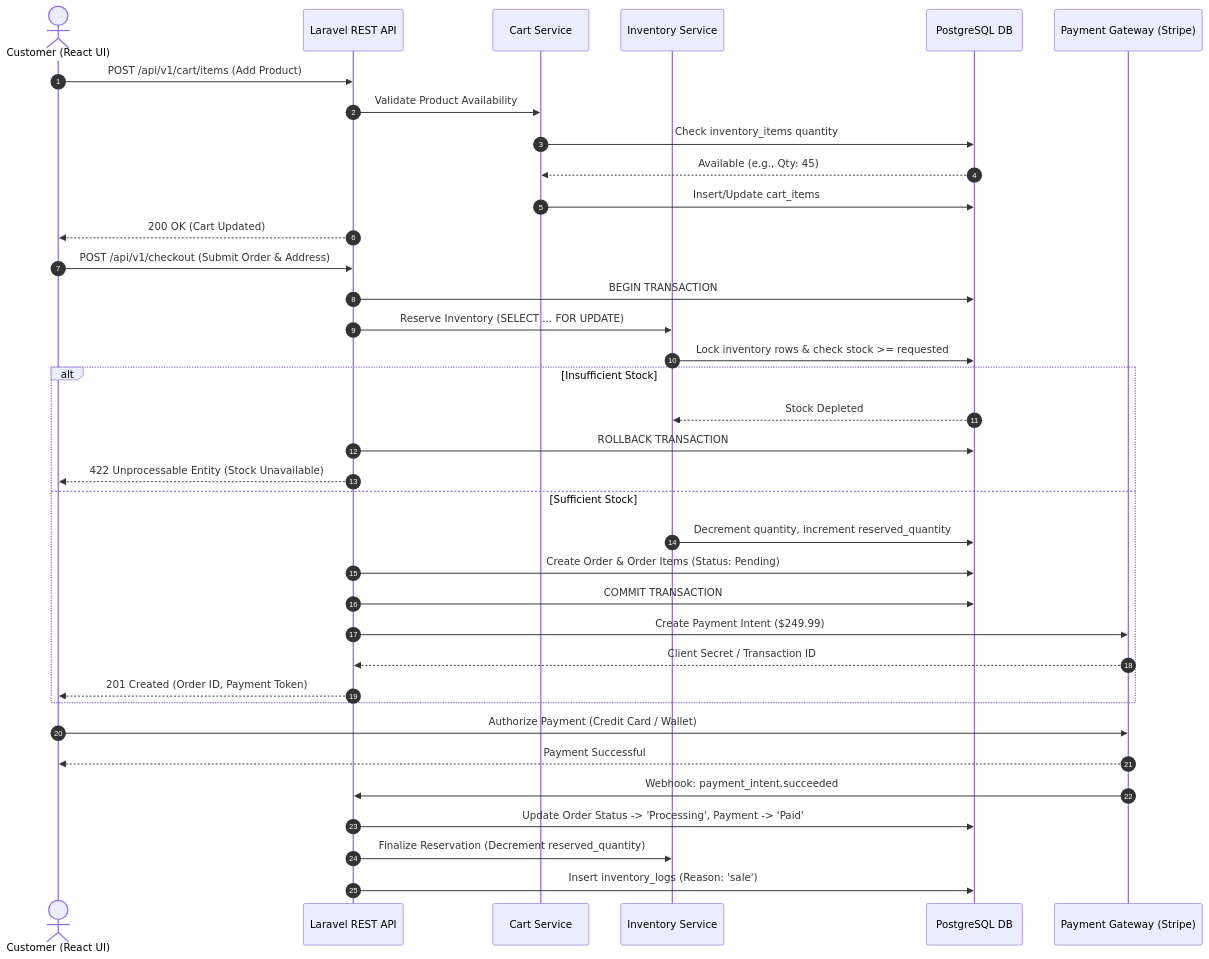
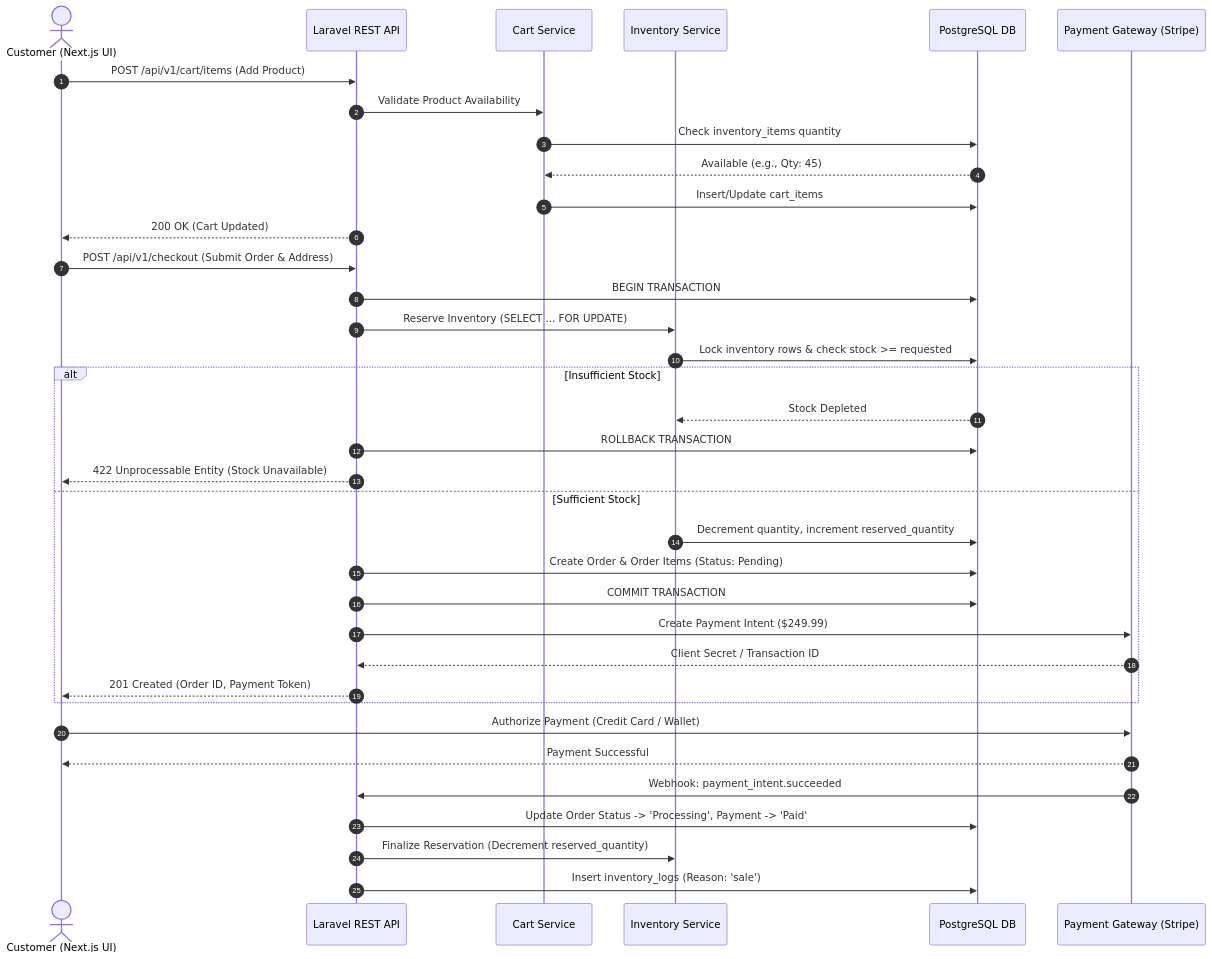
The second of 4 diagrams in PROJECT_DOCUMENTATION.md (Nishieeee/e-commerce-sample), drawn with Mermaid before and after one commit. The commit also changed other lines of this file and 39 other files, not shown here.

````diff
--- a/PROJECT_DOCUMENTATION.md
+++ b/PROJECT_DOCUMENTATION.md
@@ -129,41 +131,41 @@
 ```mermaid
 sequenceDiagram
     autonumber
-    actor Customer as Customer (React UI)
+    actor Customer as Customer (Next.js UI)
     participant API as Laravel REST API
     participant Cart as Cart Service
     participant Inv as Inventory Service
     participant DB as PostgreSQL DB
     participant Pay as Payment Gateway (Stripe)
 
     Customer->>API: POST /api/v1/cart/items (Add Product)
     API->>Cart: Validate Product Availability
     Cart->>DB: Check inventory_items quantity
     DB-->>Cart: Available (e.g., Qty: 45)
     Cart->>DB: Insert/Update cart_items
     API-->>Customer: 200 OK (Cart Updated)
 
     Customer->>API: POST /api/v1/checkout (Submit Order & Address)
     API->>DB: BEGIN TRANSACTION
     API->>Inv: Reserve Inventory (SELECT ... FOR UPDATE)
     Inv->>DB: Lock inventory rows & check stock >= requested
     alt Insufficient Stock
         DB-->>Inv: Stock Depleted
         API->>DB: ROLLBACK TRANSACTION
         API-->>Customer: 422 Unprocessable Entity (Stock Unavailable)
     else Sufficient Stock
         Inv->>DB: Decrement quantity, increment reserved_quantity
         API->>DB: Create Order & Order Items (Status: Pending)
         API->>DB: COMMIT TRANSACTION
         API->>Pay: Create Payment Intent ($249.99)
         Pay-->>API: Client Secret / Transaction ID
         API-->>Customer: 201 Created (Order ID, Payment Token)
     end
 
     Customer->>Pay: Authorize Payment (Credit Card / Wallet)
     Pay-->>Customer: Payment Successful
     Pay->>API: Webhook: payment_intent.succeeded
     API->>DB: Update Order Status -> 'Processing', Payment -> 'Paid'
     API->>Inv: Finalize Reservation (Decrement reserved_quantity)
     API->>DB: Insert inventory_logs (Reason: 'sale')
 ```
````
